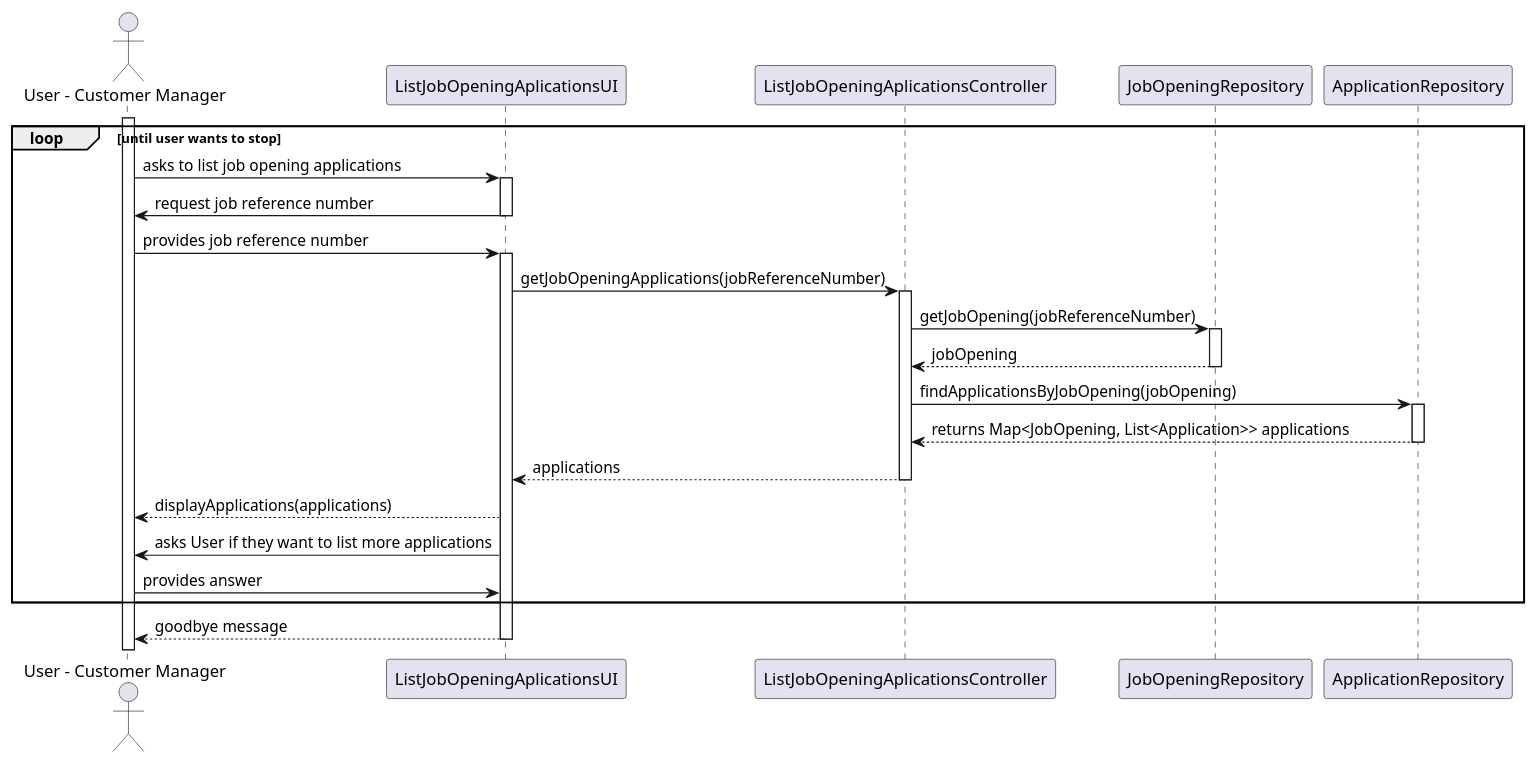
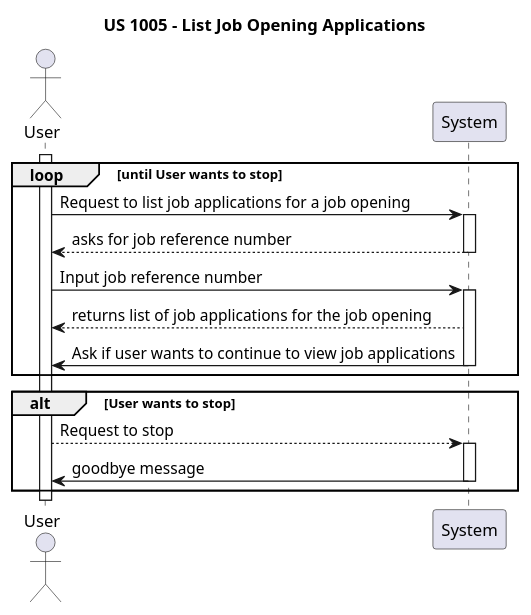
One commit to marcoferreira37/Lapr4 changed the diagram in docs/sprintB/1005/puml/1005-system-sequence-diagram.puml. Above: the diagram before and after it, drawn with PlantUML. The commit also changed 4 other files, not shown here.

```diff
--- a/docs/sprintB/1005/puml/1005-system-sequence-diagram.puml
+++ b/docs/sprintB/1005/puml/1005-system-sequence-diagram.puml
@@ -1,59 +1,33 @@
 @startuml
 
-actor "User - Customer Manager" as User
+title US 1005 - List Job Opening Applications
 
-participant "ListJobOpeningAplicationsUI" as UI
-participant "ListJobOpeningAplicationsController" as Controller
-participant "JobOpeningRepository" as Repository
-participant "ApplicationRepository" as ApplicationRepository
+actor User as U
+participant "System" as S
 
+activate U
+loop until User wants to stop
+    U -> S: Request to list job applications for a job opening
+    activate S
 
+    S --> U : asks for job reference number
 
-loop until user wants to stop
-activate User
+    deactivate S
+    U -> S: Input job reference number
+    activate S
 
-User -> UI: asks to list job opening applications
+    S --> U : returns list of job applications for the job opening
+    S -> U: Ask if user wants to continue to view job applications
+    deactivate S
+end
+alt User wants to stop
 
-activate UI
+   U --> S: Request to stop
 
-UI -> User: request job reference number
+   activate S
 
-deactivate UI
-
-User -> UI: provides job reference number
-
-activate UI
-
-UI -> Controller: getJobOpeningApplications(jobReferenceNumber)
-
-activate Controller
-
-Controller -> Repository: getJobOpening(jobReferenceNumber)
-activate Repository
-
-Repository --> Controller: jobOpening
-deactivate Repository
-
-Controller -> ApplicationRepository: findApplicationsByJobOpening(jobOpening)
-activate ApplicationRepository
-
-ApplicationRepository --> Controller:  returns Map<JobOpening, List<Application>> applications
-
-deactivate ApplicationRepository
-Controller --> UI: applications
-deactivate Controller
-
-UI --> User: displayApplications(applications)
-
-
-UI -> User : asks User if they want to list more applications
-
-User -> UI: provides answer
-
-end loop
-
-UI --> User: goodbye message
-
-deactivate UI
+   S -> U: goodbye message
+   deactivate S
+end
 
 @enduml
```
